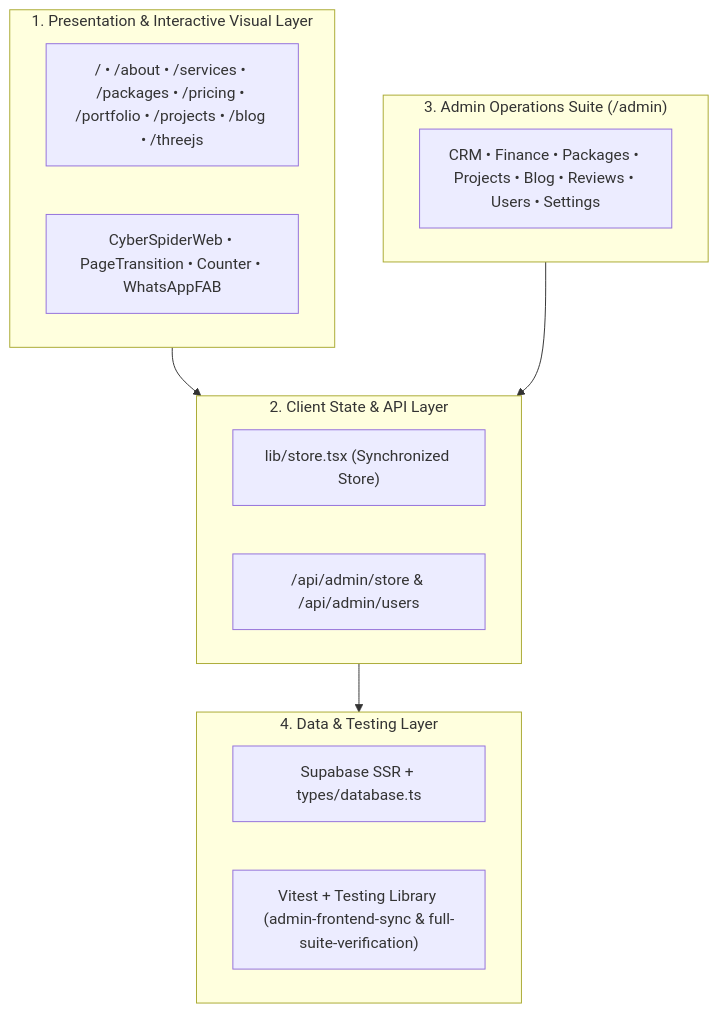
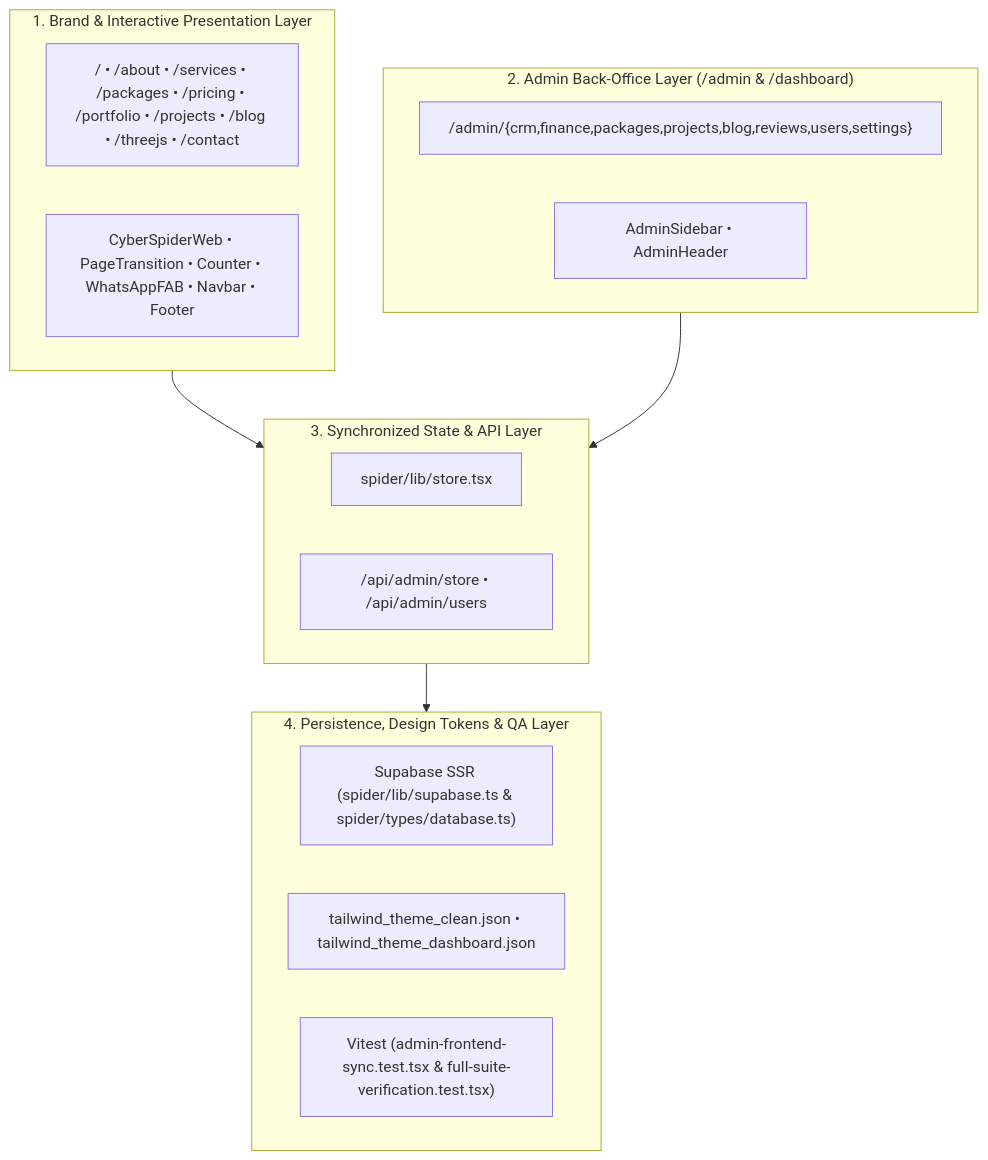
One commit to islamsamyy/spider-marketingagencyplateform changed the diagram in README.md. Above: the diagram before and after it, drawn with Mermaid. The commit also changed other lines of this file, not shown here.

Commit message:
docs: add ultra-detailed architecture, schemas, visual showcase, APIs, and business ROI

````diff
--- a/README.md
+++ b/README.md
@@ -14,24 +38,26 @@
 ```mermaid
 flowchart TB
-    subgraph L1["1. Presentation & Interactive Visual Layer"]
-        Public["/ • /about • /services • /packages • /pricing • /portfolio • /projects • /blog • /threejs"]
-        FX["CyberSpiderWeb • PageTransition • Counter • WhatsAppFAB"]
+    subgraph L1["1. Brand & Interactive Presentation Layer"]
+        Pub["/ • /about • /services • /packages • /pricing • /portfolio • /projects • /blog • /threejs • /contact"]
+        FX["CyberSpiderWeb • PageTransition • Counter • WhatsAppFAB • Navbar • Footer"]
     end
 
-    subgraph L2["2. Client State & API Layer"]
-        Store["lib/store.tsx (Synchronized Store)"]
-        APIs["/api/admin/store & /api/admin/users"]
+    subgraph L2["2. Admin Back-Office Layer (/admin & /dashboard)"]
+        Admin["/admin/{crm,finance,packages,projects,blog,reviews,users,settings}"]
+        Shell["AdminSidebar • AdminHeader"]
     end
 
-    subgraph L3["3. Admin Operations Suite (/admin)"]
-        Ops["CRM • Finance • Packages • Projects • Blog • Reviews • Users • Settings"]
+    subgraph L3["3. Synchronized State & API Layer"]
+        Store["spider/lib/store.tsx"]
+        APIs["/api/admin/store • /api/admin/users"]
     end
 
-    subgraph L4["4. Data & Testing Layer"]
-        Supa["Supabase SSR + types/database.ts"]
-        Vitest["Vitest + Testing Library (admin-frontend-sync & full-suite-verification)"]
+    subgraph L4["4. Persistence, Design Tokens & QA Layer"]
+        Supa["Supabase SSR (spider/lib/supabase.ts & spider/types/database.ts)"]
+        Tokens["tailwind_theme_clean.json • tailwind_theme_dashboard.json"]
+        Tests["Vitest (admin-frontend-sync.test.tsx & full-suite-verification.test.tsx)"]
     end
 
-    L1 --> L2 --> L4
-    L3 --> L2
+    L1 --> L3 --> L4
+    L2 --> L3
 ```
````
